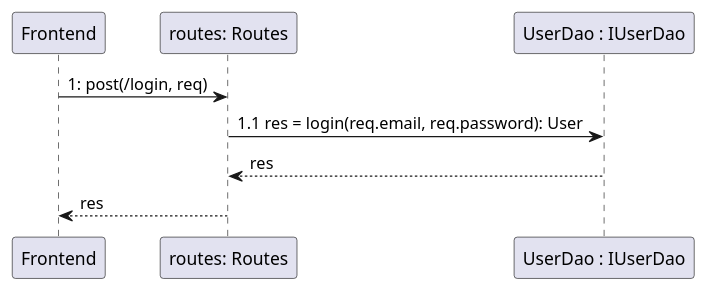
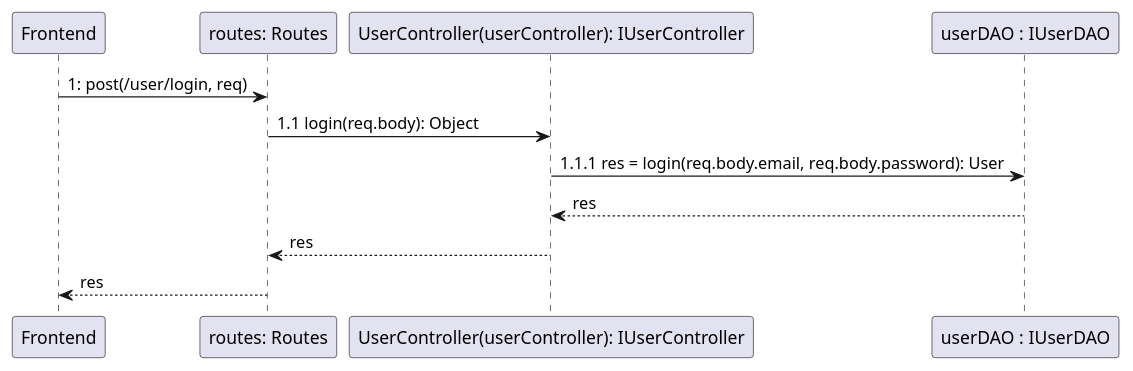
One commit to GustavoCunhaLacerda/projeto-es2 changed the diagram in project/Diagramas de Seq/user/login.plantuml. Above: the diagram before and after it, drawn with PlantUML. The commit also changed 1856 other files, not shown here.

```diff
--- a/project/Diagramas de Seq/user/login.plantuml
+++ b/project/Diagramas de Seq/user/login.plantuml
@@ -1,15 +1,18 @@
 @startuml es2
 skinparam class {
     BackgroundColor Snow
     BorderColor Black
 }
 
-Frontend -> "routes: Routes" : 1: post(/login, req)
+Frontend -> "routes: Routes" : 1: post(/user/login, req)
 
-"routes: Routes" -> "UserDao : IUserDao" : 1.1 res = login(req.email, req.password): User
+"routes: Routes" -> "UserController(userController): IUserController" : 1.1 login(req.body): Object
+"UserController(userController): IUserController" -> "userDAO : IUserDAO" : 1.1.1 res = login(req.body.email, req.body.password): User
+"UserController(userController): IUserController" <-- "userDAO : IUserDAO" : res
 
-"UserDao : IUserDao" --> "routes: Routes" : res
+"routes: Routes" <-- "UserController(userController): IUserController" : res
+
 
 "routes: Routes" --> Frontend : res
 
 @enduml
```
